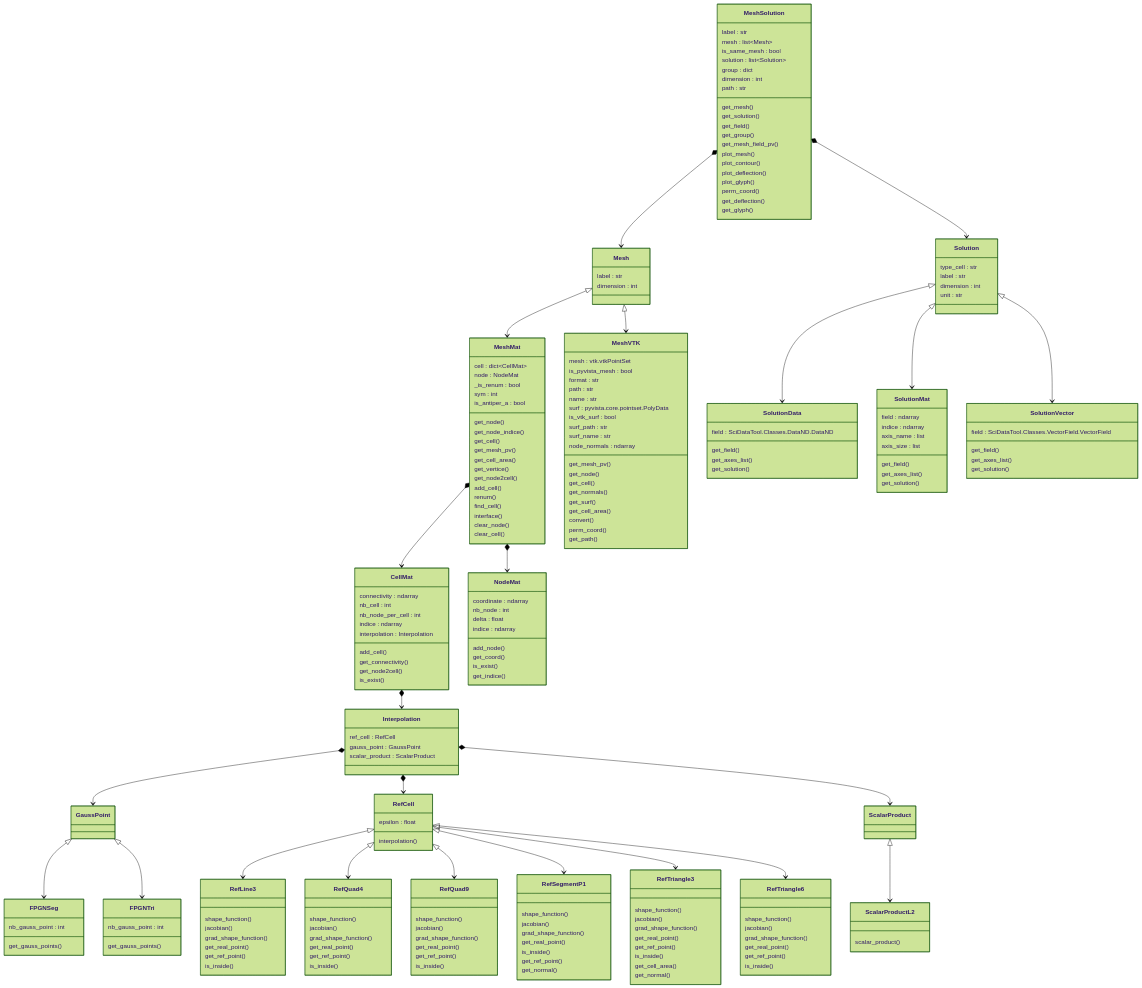
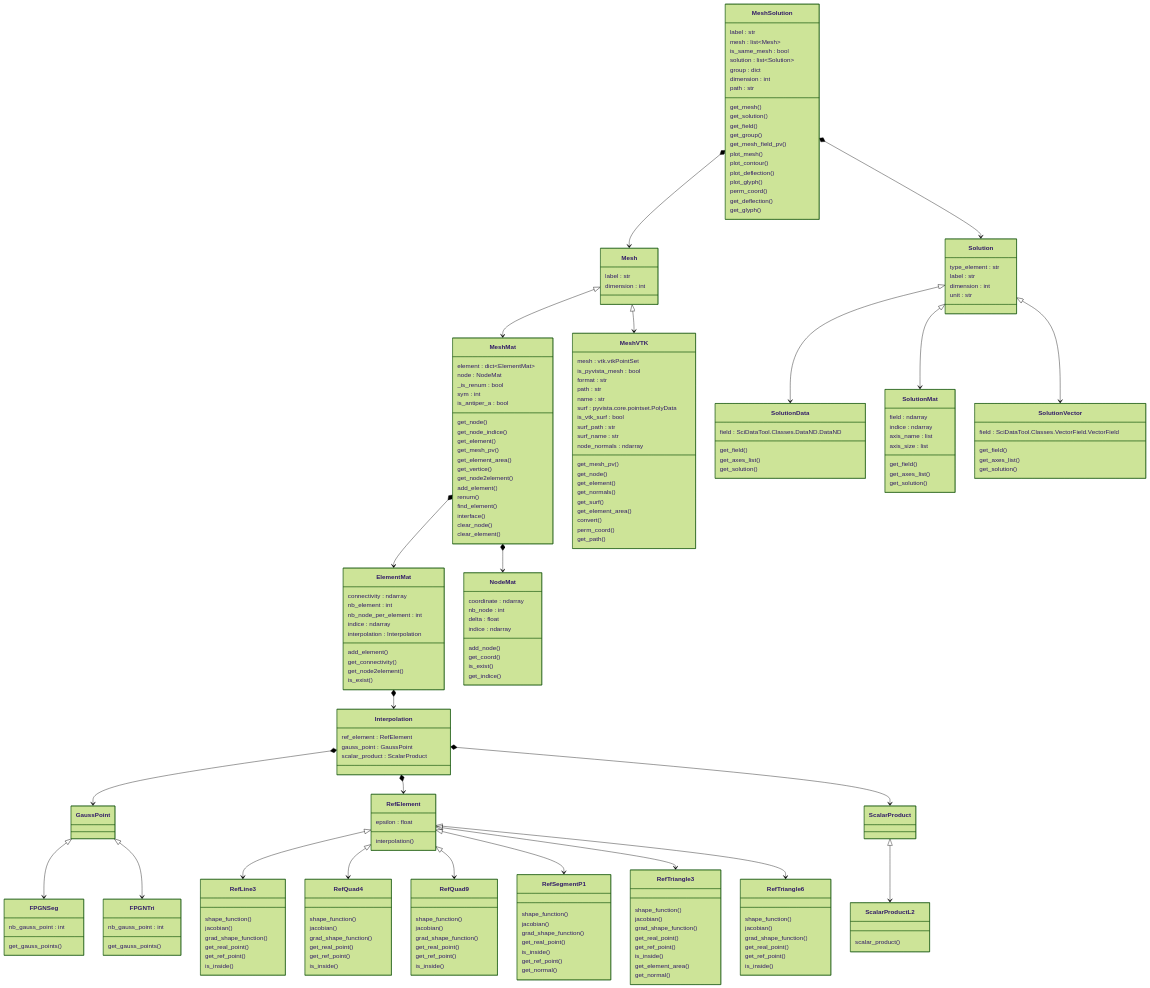
One commit to Eomys/pyleecan changed the diagram in pyleecan/Generator/UMLs/code/Mesh.mmd. Above: the diagram before and after it, drawn with Mermaid (forest theme). The commit also changed 147 other files, not shown here.

Commit message:
[RN] Rename cell into element

```diff
--- a/pyleecan/Generator/UMLs/code/Mesh.mmd
+++ b/pyleecan/Generator/UMLs/code/Mesh.mmd
@@ -1,14 +1,14 @@
 classDiagram
 direction TB
-class CellMat{
+class ElementMat{
 	connectivity : ndarray
-	nb_cell : int
-	nb_node_per_cell : int
+	nb_element : int
+	nb_node_per_element : int
 	indice : ndarray
 	interpolation : Interpolation
-	add_cell()
+	add_element()
 	get_connectivity()
-	get_node2cell()
+	get_node2element()
 	is_exist()
 }
 class FPGNSeg{
@@ -22,7 +22,7 @@
 class GaussPoint{
 }
 class Interpolation{
-	ref_cell : RefCell
+	ref_element : RefElement
 	gauss_point : GaussPoint
 	scalar_product : ScalarProduct
 }
@@ -31,24 +31,24 @@
 	dimension : int
 }
 class MeshMat{
-	cell : dict~CellMat~
+	element : dict~ElementMat~
 	node : NodeMat
 	_is_renum : bool
 	sym : int
 	is_antiper_a : bool
 	get_node()
 	get_node_indice()
-	get_cell()
+	get_element()
 	get_mesh_pv()
-	get_cell_area()
+	get_element_area()
 	get_vertice()
-	get_node2cell()
-	add_cell()
+	get_node2element()
+	add_element()
 	renum()
-	find_cell()
+	find_element()
 	interface()
 	clear_node()
-	clear_cell()
+	clear_element()
 }
 class MeshSolution{
 	label : str
@@ -84,10 +84,10 @@
 	node_normals : ndarray
 	get_mesh_pv()
 	get_node()
-	get_cell()
+	get_element()
 	get_normals()
 	get_surf()
-	get_cell_area()
+	get_element_area()
 	convert()
 	perm_coord()
 	get_path()
@@ -102,7 +102,7 @@
 	is_exist()
 	get_indice()
 }
-class RefCell{
+class RefElement{
 	epsilon : float
 	interpolation()
 }
@@ -146,7 +146,7 @@
 	get_real_point()
 	get_ref_point()
 	is_inside()
-	get_cell_area()
+	get_element_area()
 	get_normal()
 }
 class RefTriangle6{
@@ -163,7 +163,7 @@
 	scalar_product()
 }
 class Solution{
-	type_cell : str
+	type_element : str
 	label : str
 	dimension : int
 	unit : str
@@ -189,24 +189,24 @@
 	get_axes_list()
 	get_solution()
 }
-CellMat *--> Interpolation
+ElementMat *--> Interpolation
 GaussPoint  <|--> FPGNSeg
 GaussPoint  <|--> FPGNTri
 Interpolation *--> GaussPoint
-Interpolation *--> RefCell
+Interpolation *--> RefElement
 Interpolation *--> ScalarProduct
 Mesh  <|--> MeshMat
 Mesh  <|--> MeshVTK
-MeshMat *--> CellMat
+MeshMat *--> ElementMat
 MeshMat *--> NodeMat
 MeshSolution *--> Mesh
 MeshSolution *--> Solution
-RefCell  <|--> RefLine3
-RefCell  <|--> RefQuad4
-RefCell  <|--> RefQuad9
-RefCell  <|--> RefSegmentP1
-RefCell  <|--> RefTriangle3
-RefCell  <|--> RefTriangle6
+RefElement  <|--> RefLine3
+RefElement  <|--> RefQuad4
+RefElement  <|--> RefQuad9
+RefElement  <|--> RefSegmentP1
+RefElement  <|--> RefTriangle3
+RefElement  <|--> RefTriangle6
 ScalarProduct  <|--> ScalarProductL2
 Solution  <|--> SolutionData
 Solution  <|--> SolutionMat
```
